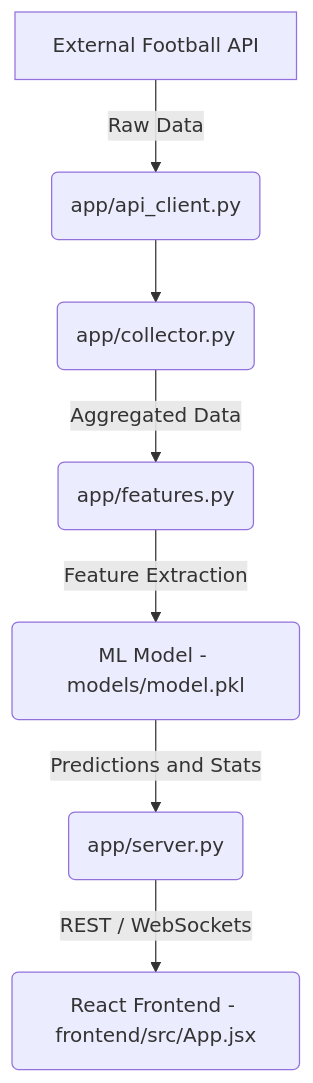
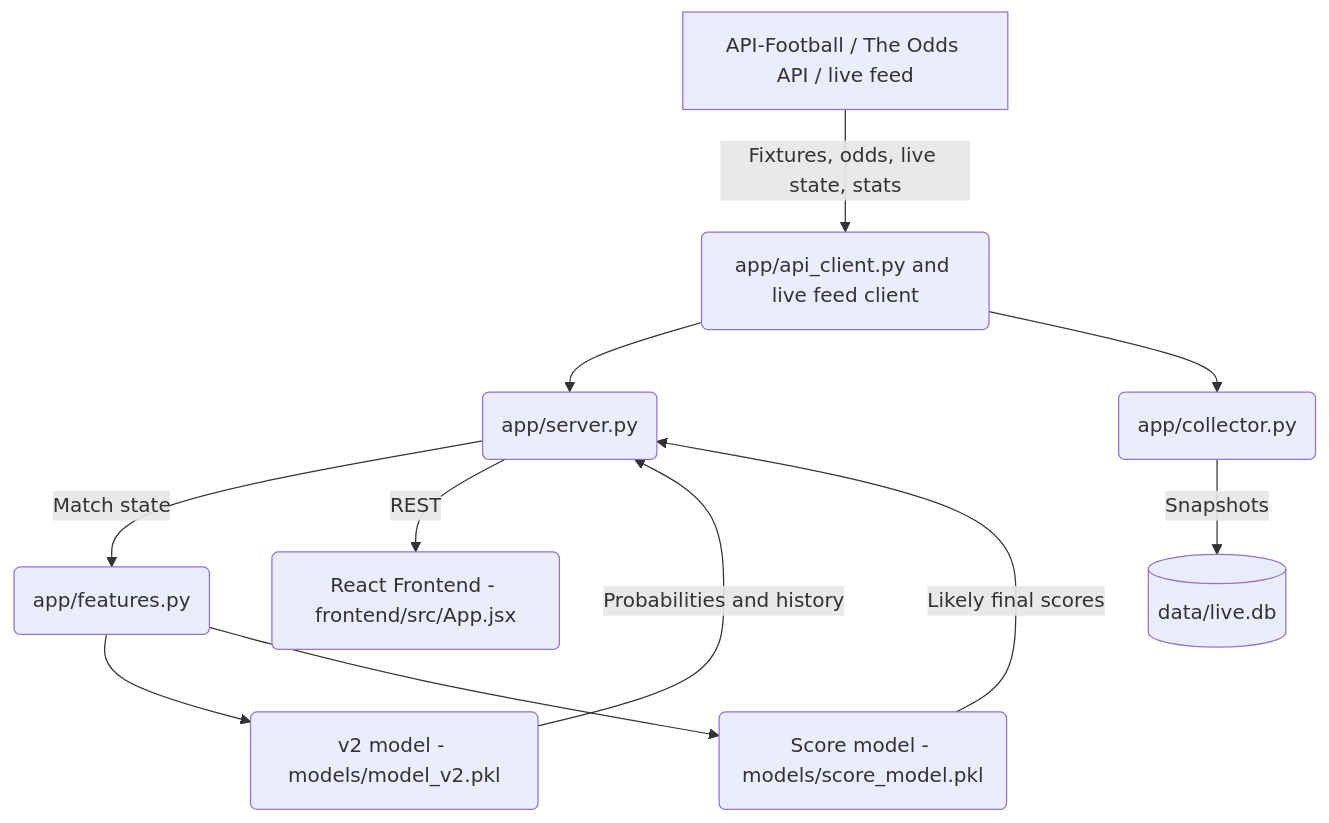
Before and after one commit to Tinil-K-Benny/LiveFoot: the diagram in README.md, drawn with Mermaid. The commit also changed other lines of this file and 15 other files, not shown here.

First line of the commit message:
v2: live-stats model, likely final score, redesigned dark UI

````diff
--- a/README.md
+++ b/README.md
@@ -35,9 +88,13 @@
 ```mermaid
 graph TD
-    A[External Football API] -->|Raw Data| B(app/api_client.py)
+    A[API-Football / The Odds API / live feed] -->|Fixtures, odds, live state, stats| B(app/api_client.py and live feed client)
+    B --> F(app/server.py)
+    F -->|Match state| D(app/features.py)
+    D --> E1(v2 model - models/model_v2.pkl)
+    D --> E2(Score model - models/score_model.pkl)
+    E1 -->|Probabilities and history| F
+    E2 -->|Likely final scores| F
+    F -->|REST| G(React Frontend - frontend/src/App.jsx)
     B --> C(app/collector.py)
-    C -->|Aggregated Data| D(app/features.py)
-    D -->|Feature Extraction| E(ML Model - models/model.pkl)
-    E -->|Predictions and Stats| F(app/server.py)
-    F -->|REST / WebSockets| G(React Frontend - frontend/src/App.jsx)
+    C -->|Snapshots| H[(data/live.db)]
 ```
````
